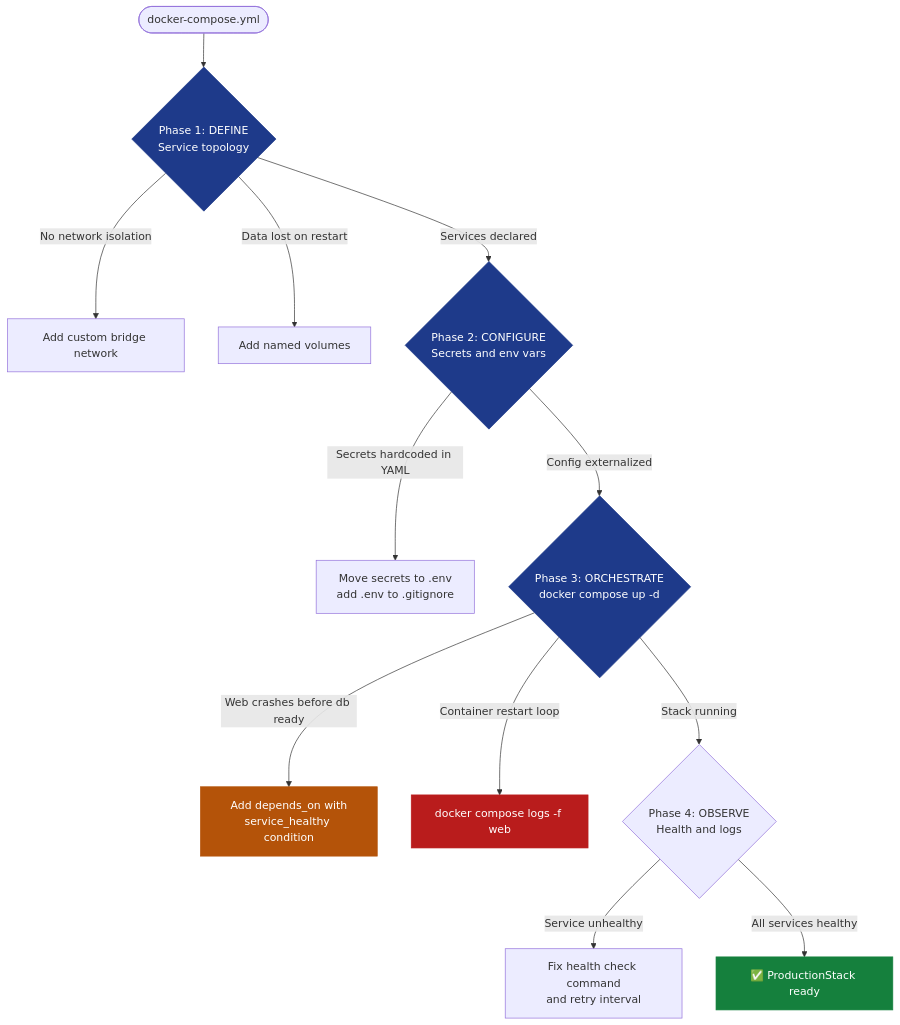
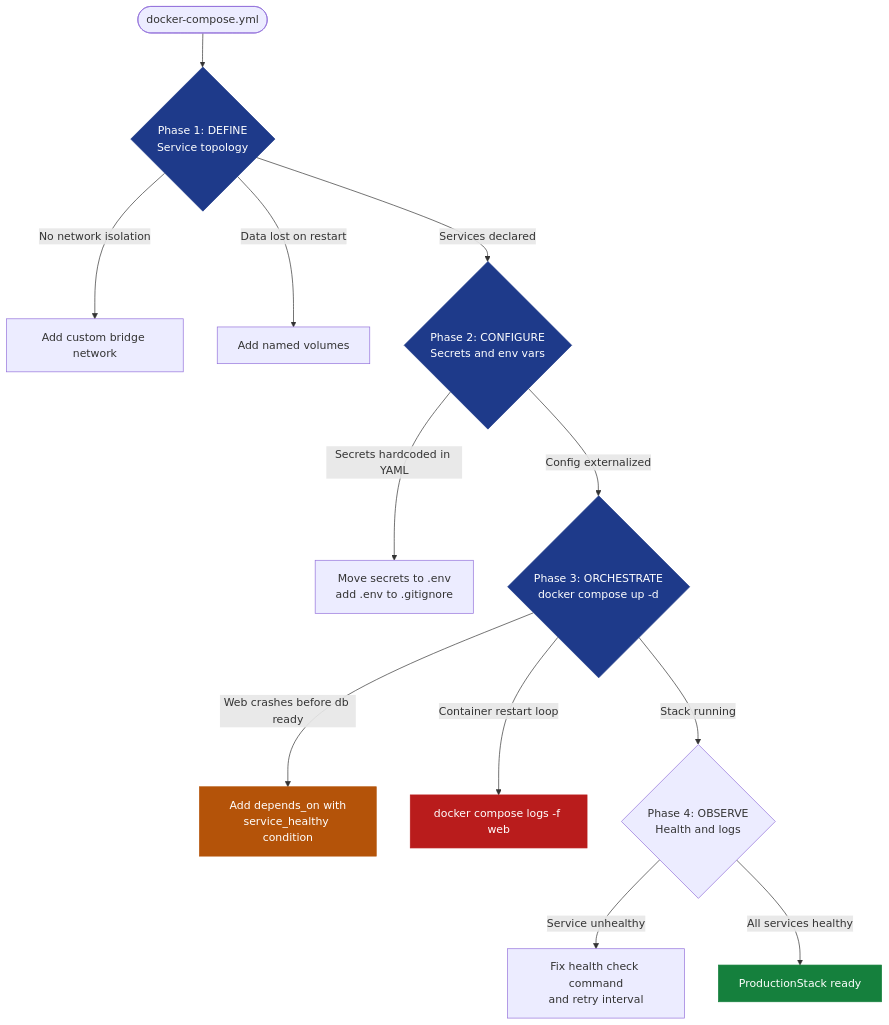
The first of 2 diagrams in notes/07-devops-fundamentals/ch02-container-orchestration/README.md (dsgouda7/ai-portfolio), drawn with Mermaid before and after one commit. The commit also changed other lines of this file and 179 other files, not shown here.

````diff
--- a/notes/07-devops-fundamentals/ch02-container-orchestration/README.md
+++ b/notes/07-devops-fundamentals/ch02-container-orchestration/README.md
@@ -92,20 +92,20 @@
 ```mermaid
 graph TD
-    Start([docker-compose.yml]) --> B{Phase 1: DEFINE<br/>Service topology}
-    B -->|No network isolation| C[Add custom bridge network]
-    B -->|Data lost on restart| D[Add named volumes]
-    B -->|Services declared| E{Phase 2: CONFIGURE<br/>Secrets and env vars}
-    E -->|Secrets hardcoded in YAML| F[Move secrets to .env<br/>add .env to .gitignore]
-    E -->|Config externalized| G{Phase 3: ORCHESTRATE<br/>docker compose up -d}
-    G -->|Web crashes before db ready| H[Add depends_on with<br/>service_healthy condition]
-    G -->|Container restart loop| I[docker compose logs -f web]
-    G -->|Stack running| J{Phase 4: OBSERVE<br/>Health and logs}
-    J -->|Service unhealthy| K[Fix health check command<br/>and retry interval]
-    J -->|All services healthy| L[✅ ProductionStack ready]
-    style L fill:#15803d,stroke:#15803d,color:#fff
-    style B fill:#1e3a8a,stroke:#1e3a8a,color:#fff
-    style E fill:#1e3a8a,stroke:#1e3a8a,color:#fff
-    style G fill:#1e3a8a,stroke:#1e3a8a,color:#fff
-    style H fill:#b45309,stroke:#b45309,color:#fff
-    style I fill:#b91c1c,stroke:#b91c1c,color:#fff
+ Start([docker-compose.yml]) --> B{Phase 1: DEFINE<br/>Service topology}
+ B -->|No network isolation| C[Add custom bridge network]
+ B -->|Data lost on restart| D[Add named volumes]
+ B -->|Services declared| E{Phase 2: CONFIGURE<br/>Secrets and env vars}
+ E -->|Secrets hardcoded in YAML| F[Move secrets to .env<br/>add .env to .gitignore]
+ E -->|Config externalized| G{Phase 3: ORCHESTRATE<br/>docker compose up -d}
+ G -->|Web crashes before db ready| H[Add depends_on with<br/>service_healthy condition]
+ G -->|Container restart loop| I[docker compose logs -f web]
+ G -->|Stack running| J{Phase 4: OBSERVE<br/>Health and logs}
+ J -->|Service unhealthy| K[Fix health check command<br/>and retry interval]
+ J -->|All services healthy| L[ ProductionStack ready]
+ style L fill:#15803d,stroke:#15803d,color:#fff
+ style B fill:#1e3a8a,stroke:#1e3a8a,color:#fff
+ style E fill:#1e3a8a,stroke:#1e3a8a,color:#fff
+ style G fill:#1e3a8a,stroke:#1e3a8a,color:#fff
+ style H fill:#b45309,stroke:#b45309,color:#fff
+ style I fill:#b91c1c,stroke:#b91c1c,color:#fff
 ```
````
